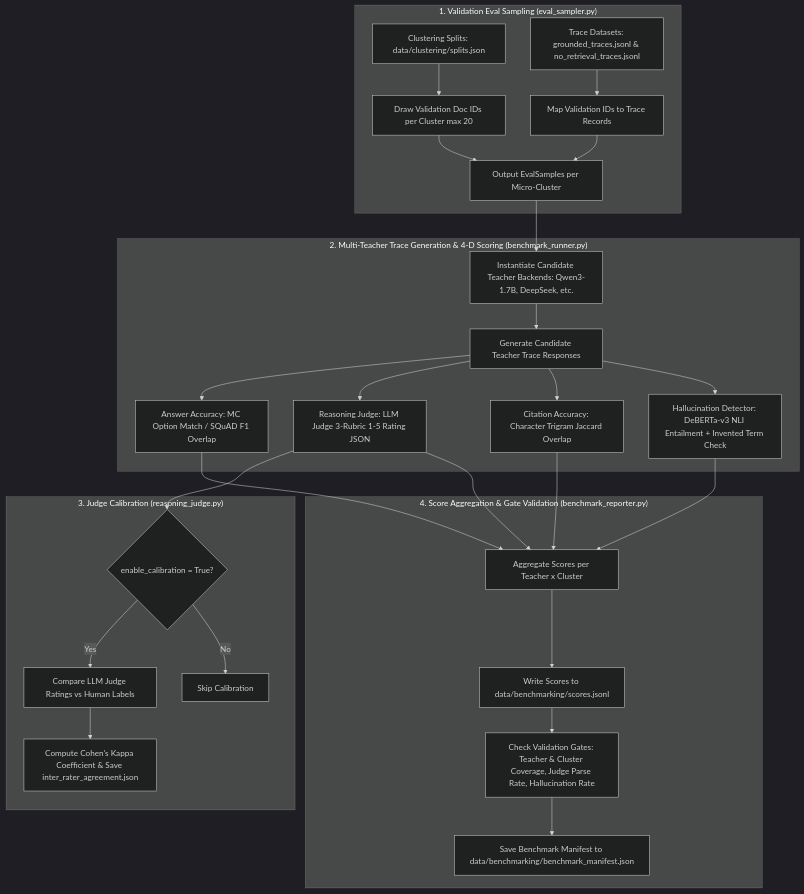
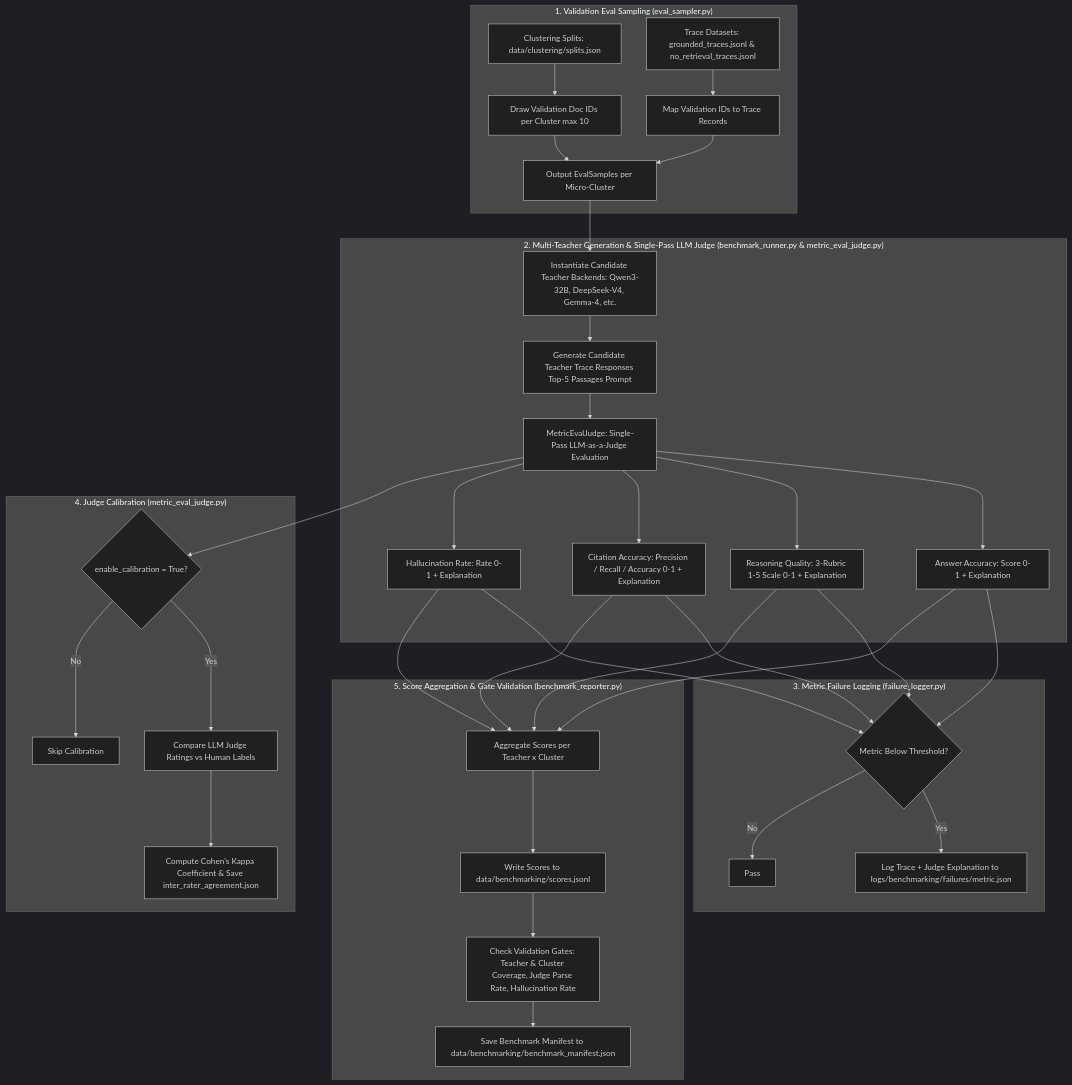
One commit to cogitoslabs/Semantics-Layer changed the diagram in docs/S6_TEACHER_BENCHMARKING.md. Above: the diagram before and after it, drawn with Mermaid (dark theme). The commit also changed other lines of this file and 21 other files, not shown here.

````diff
--- a/docs/S6_TEACHER_BENCHMARKING.md
+++ b/docs/S6_TEACHER_BENCHMARKING.md
@@ -133,32 +120,39 @@
 ```mermaid
 flowchart TD
     subgraph Sampling["1. Validation Eval Sampling (eval_sampler.py)"]
-        A[Clustering Splits: data/clustering/splits.json] --> B[Draw Validation Doc IDs per Cluster max 20]
+        A[Clustering Splits: data/clustering/splits.json] --> B[Draw Validation Doc IDs per Cluster max 10]
         C[Trace Datasets: grounded_traces.jsonl & no_retrieval_traces.jsonl] --> D[Map Validation IDs to Trace Records]
         B & D --> E[Output EvalSamples per Micro-Cluster]
     end
 
-    subgraph GenerationScoring["2. Multi-Teacher Trace Generation & 4-D Scoring (benchmark_runner.py)"]
-        E --> F[Instantiate Candidate Teacher Backends: Qwen3-1.7B, DeepSeek, etc.]
-        F --> G[Generate Candidate Teacher Trace Responses]
+    subgraph GenerationScoring["2. Multi-Teacher Generation & Single-Pass LLM Judge (benchmark_runner.py & metric_eval_judge.py)"]
+        E --> F[Instantiate Candidate Teacher Backends: Qwen3-32B, DeepSeek-V4, Gemma-4, etc.]
+        F --> G[Generate Candidate Teacher Trace Responses Top-5 Passages Prompt]
         
-        G --> H1[Answer Accuracy: MC Option Match / SQuAD F1 Overlap]
-        G --> H2[Reasoning Judge: LLM Judge 3-Rubric 1-5 Rating JSON]
-        G --> H3[Citation Accuracy: Character Trigram Jaccard Overlap]
-        G --> H4[Hallucination Detector: DeBERTa-v3 NLI Entailment + Invented Term Check]
+        G --> H[MetricEvalJudge: Single-Pass LLM-as-a-Judge Evaluation]
+        H --> H1[Answer Accuracy: Score 0-1 + Explanation]
+        H --> H2[Reasoning Quality: 3-Rubric 1-5 Scale 0-1 + Explanation]
+        H --> H3[Citation Accuracy: Precision / Recall / Accuracy 0-1 + Explanation]
+        H --> H4[Hallucination Rate: Rate 0-1 + Explanation]
     end
 
-    subgraph Calibration["3. Judge Calibration (reasoning_judge.py)"]
-        H2 --> I{enable_calibration = True?}
+    subgraph FailureLogging["3. Metric Failure Logging (failure_logger.py)"]
+        H1 & H2 & H3 & H4 --> L1{Metric Below Threshold?}
+        L1 -->|Yes| L2[Log Trace + Judge Explanation to logs/benchmarking/failures/metric.json]
+        L1 -->|No| L3[Pass]
+    end
+
+    subgraph Calibration["4. Judge Calibration (metric_eval_judge.py)"]
+        H --> I{enable_calibration = True?}
         I -->|Yes| J[Compare LLM Judge Ratings vs Human Labels]
         J --> K[Compute Cohen's Kappa Coefficient & Save inter_rater_agreement.json]
         I -->|No| L[Skip Calibration]
     end
 
-    subgraph Reporting["4. Score Aggregation & Gate Validation (benchmark_reporter.py)"]
+    subgraph Reporting["5. Score Aggregation & Gate Validation (benchmark_reporter.py)"]
         H1 & H2 & H3 & H4 --> M[Aggregate Scores per Teacher x Cluster]
         M --> N[Write Scores to data/benchmarking/scores.jsonl]
         N --> O[Check Validation Gates: Teacher & Cluster Coverage, Judge Parse Rate, Hallucination Rate]
         O --> P[Save Benchmark Manifest to data/benchmarking/benchmark_manifest.json]
     end
 ```
````
